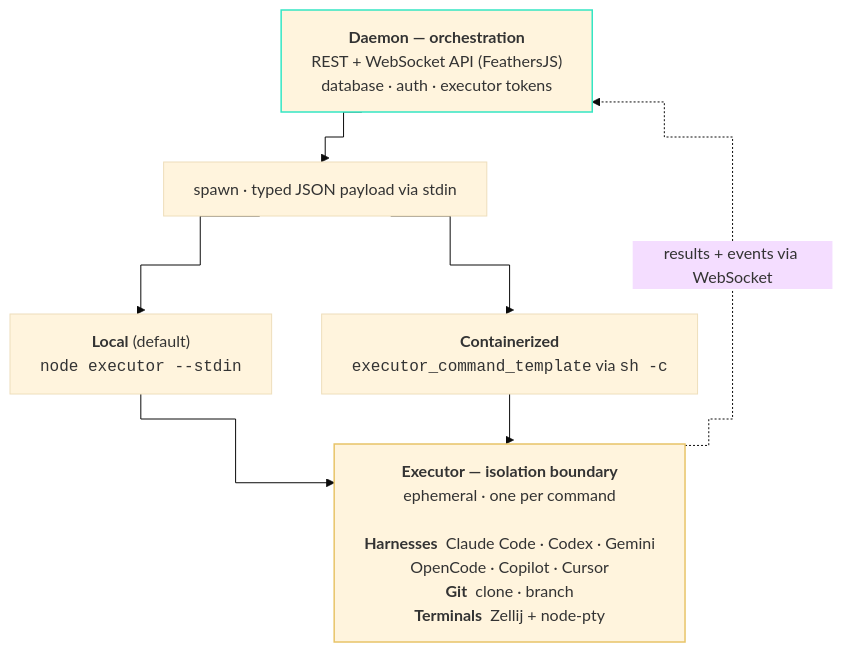
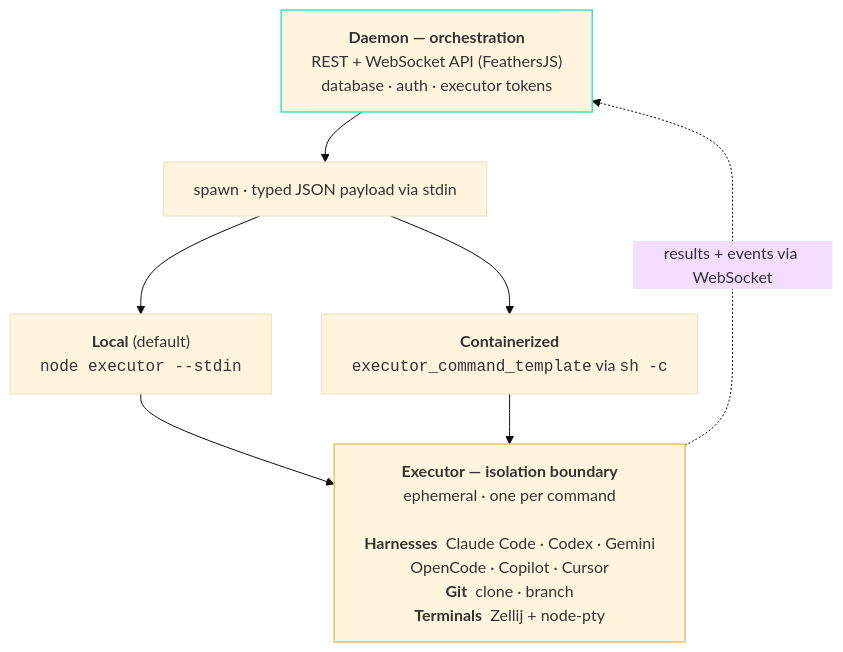
Before and after one commit to preset-io/agor: the diagram in apps/agor-docs/content/guide/containerized-execution.mdx, drawn with Mermaid (base theme).

Commit message:
docs(executor): drop step routing for clean default curves
The `curve: step` setting was the source of the jagged dog-legs and
crooked arrowheads. Mermaid's default (smooth) routing with the
single-payload-node structure gives clean gentle curves that attach
perpendicular to box sides — no manual routing, no layout dependency.

````diff
--- a/apps/agor-docs/content/guide/containerized-execution.mdx
+++ b/apps/agor-docs/content/guide/containerized-execution.mdx
@@ -21,21 +21,21 @@
 ```mermaid
-%%{init: {'flowchart': {'curve': 'step', 'wrappingWidth': 340}}}%%
+%%{init: {'flowchart': {'wrappingWidth': 340}}}%%
 graph TB
     Daemon["<b>Daemon — orchestration</b><br/>REST + WebSocket API (FeathersJS)<br/>database · auth · executor tokens"]
     Spawn["spawn · typed JSON payload via stdin"]
     Local["<b>Local</b> (default)<br/><code>node executor --stdin</code>"]
     Remote["<b>Containerized</b><br/><code>executor_command_template</code> via <code>sh -c</code>"]
     Executor["<b>Executor — isolation boundary</b><br/>ephemeral · one per command<br/>&nbsp;<br/><b>Harnesses</b>&nbsp; Claude Code · Codex · Gemini<br/>OpenCode · Copilot · Cursor<br/><b>Git</b>&nbsp; clone · branch<br/><b>Terminals</b>&nbsp; Zellij + node-pty"]
 
     Daemon --> Spawn
     Spawn --> Local
     Spawn --> Remote
     Local --> Executor
     Remote --> Executor
     Executor -.->|"results + events via WebSocket"| Daemon
 
     classDef trusted stroke:#34e6c4,stroke-width:1.5px;
     classDef iso stroke:#e8c468,stroke-width:1.5px;
     class Daemon trusted;
     class Executor iso;
 ```
````
